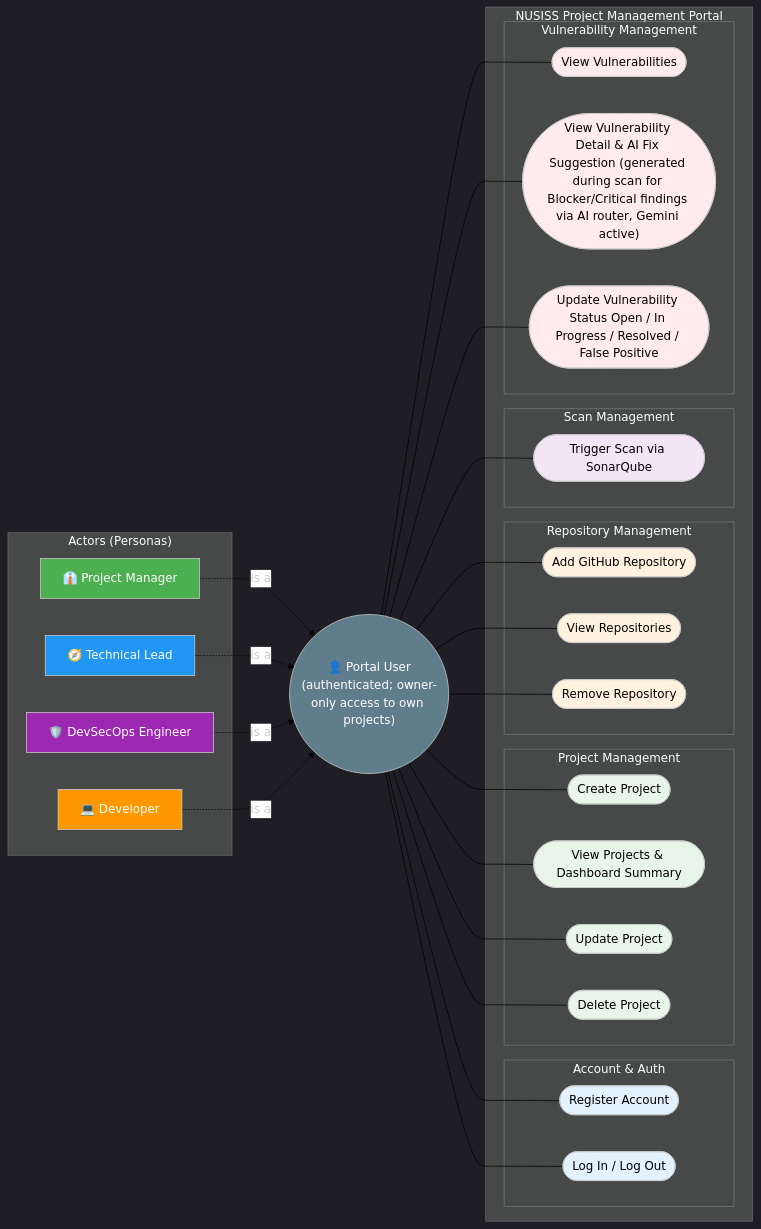
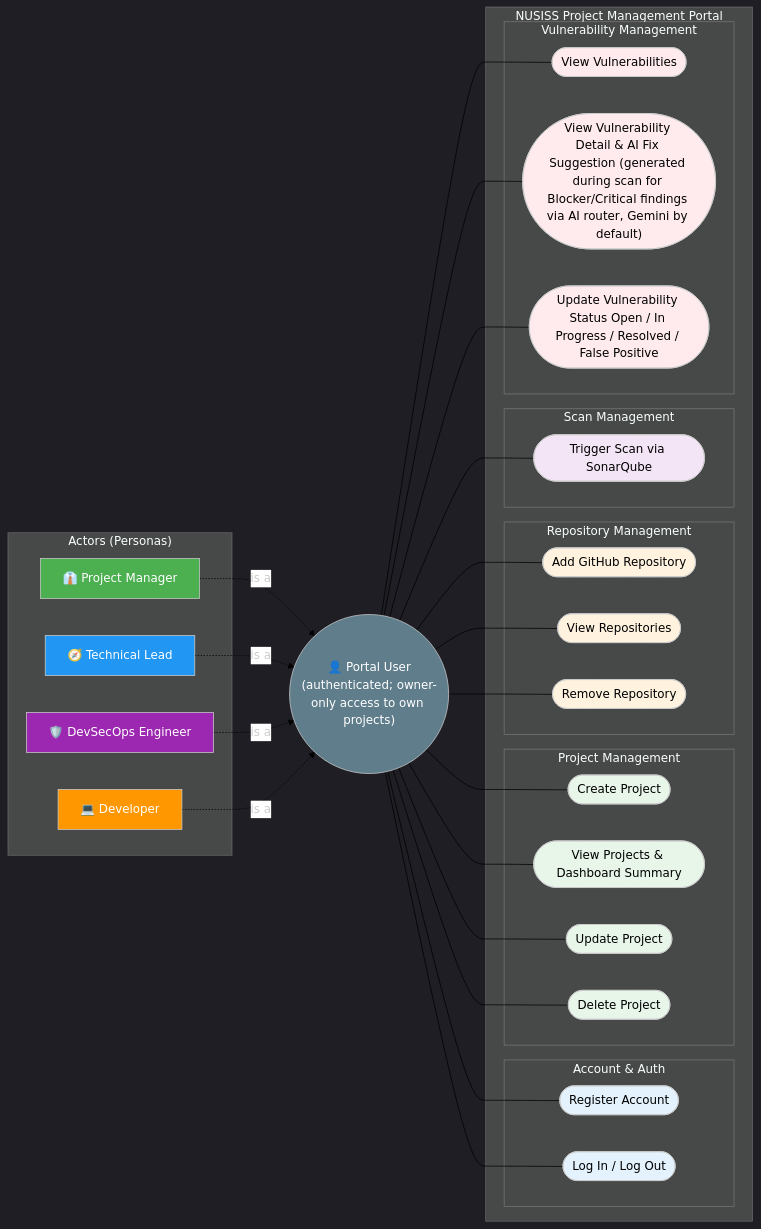
One commit to kaldrake/NUSISS_ProjectManagementPortal changed the diagram in docs/Use Case Diagram.mermaid. Above: the diagram before and after it, drawn with Mermaid. The commit also changed 12 other files, not shown here.

Commit message:
fixes for default login and diagrams

```diff
--- a/docs/Use Case Diagram.mermaid
+++ b/docs/Use Case Diagram.mermaid
@@ -1,84 +1,84 @@
 %%{init: {'theme': 'dark', 'themeVariables': {'lineColor': '#000000', 'edgeLabelBackground': '#ffffff'}}}%%
 flowchart LR
 
     subgraph "Actors (Personas)"
         PM["👔 Project Manager"]
         TL["🧭 Technical Lead"]
         DSE["🛡️ DevSecOps Engineer"]
         DEV["💻 Developer"]
     end
 
     PortalUser(("👤 Portal User
 (authenticated; owner-only access to own projects)"))
 
     PM -.->|"is a"| PortalUser
     TL -.->|"is a"| PortalUser
     DSE -.->|"is a"| PortalUser
     DEV -.->|"is a"| PortalUser
 
     subgraph "NUSISS Project Management Portal"
 
         subgraph "Account & Auth"
             UC1([Register Account])
             UC2([Log In / Log Out])
         end
 
         subgraph "Project Management"
             UC3([Create Project])
             UC4([View Projects & Dashboard Summary])
             UC5([Update Project])
             UC6([Delete Project])
         end
 
         subgraph "Repository Management"
             UC7([Add GitHub Repository])
             UC8([View Repositories])
             UC9([Remove Repository])
         end
 
         subgraph "Scan Management"
             UC10([Trigger Scan via SonarQube])
         end
 
         subgraph "Vulnerability Management"
             UC11([View Vulnerabilities])
-            UC12(["View Vulnerability Detail & AI Fix Suggestion (generated during scan for Blocker/Critical findings via AI router, Gemini active)"])
+            UC12(["View Vulnerability Detail & AI Fix Suggestion (generated during scan for Blocker/Critical findings via AI router, Gemini by default)"])
             UC13([Update Vulnerability Status Open / In Progress / Resolved / False Positive])
         end
 
     end
 
     PortalUser --- UC1
     PortalUser --- UC2
     PortalUser --- UC3
     PortalUser --- UC4
     PortalUser --- UC5
     PortalUser --- UC6
     PortalUser --- UC7
     PortalUser --- UC8
     PortalUser --- UC9
     PortalUser --- UC10
     PortalUser --- UC11
     PortalUser --- UC12
     PortalUser --- UC13
 
     
     %% Styling
     style PM fill:#4CAF50,color:#fff
     style TL fill:#2196F3,color:#fff
     style DSE fill:#9C27B0,color:#fff
     style DEV fill:#FF9800,color:#fff
     style PortalUser fill:#607D8B,color:#fff
     style UC1 fill:#E3F2FD,color:#000
     style UC2 fill:#E3F2FD,color:#000
     style UC3 fill:#E8F5E9,color:#000
     style UC4 fill:#E8F5E9,color:#000
     style UC5 fill:#E8F5E9,color:#000
     style UC6 fill:#E8F5E9,color:#000
     style UC7 fill:#FFF3E0,color:#000
     style UC8 fill:#FFF3E0,color:#000
     style UC9 fill:#FFF3E0,color:#000
     style UC10 fill:#F3E5F5,color:#000
     style UC11 fill:#FFEBEE,color:#000
     style UC12 fill:#FFEBEE,color:#000
     style UC13 fill:#FFEBEE,color:#000
```
